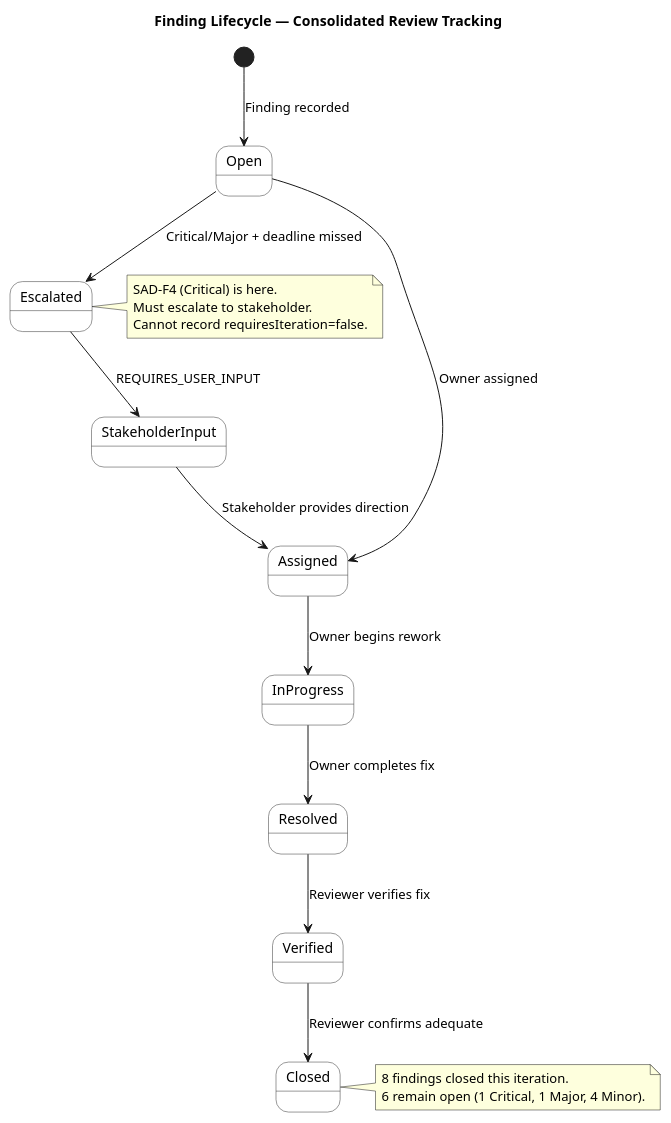
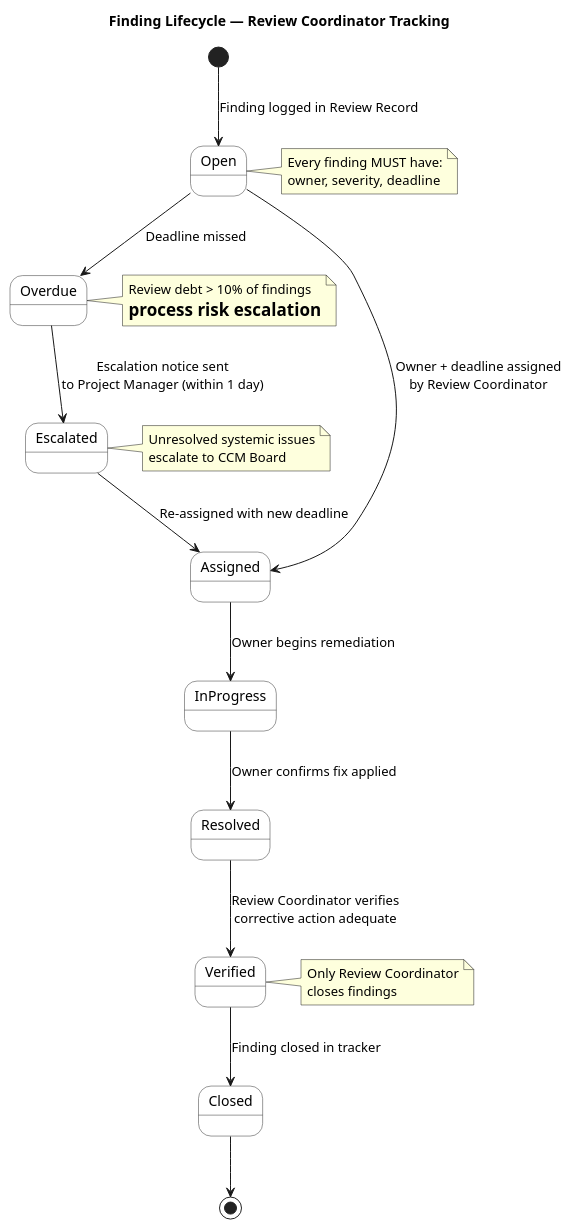
Before and after one commit to banense-test/demo-janke-lab: the third of 4 diagrams in docs/artifacts/project-management/review-record.md, drawn with PlantUML. The commit also changed other lines of this file, not shown here.

First line of the commit message:
Review Coordinator [E2]: upsert Review Record

````diff
--- a/docs/artifacts/project-management/review-record.md
+++ b/docs/artifacts/project-management/review-record.md
@@ -162,25 +149,27 @@
 ```plantuml
 @startuml
-title Finding Lifecycle — Consolidated Review Tracking
+title Finding Lifecycle — Review Coordinator Tracking
 skinparam state {
   BackgroundColor #FFFFFF
   BorderColor #333333
 }
 
-[*] --> Open : Finding recorded
+[*] --> Open : Finding logged in Review Record
+Open --> Assigned : Owner + deadline assigned\nby Review Coordinator
+Assigned --> InProgress : Owner begins remediation
+InProgress --> Resolved : Owner confirms fix applied
+Resolved --> Verified : Review Coordinator verifies\ncorrective action adequate
+Verified --> Closed : Finding closed in tracker
+Closed --> [*]
 
-Open --> Assigned : Owner assigned
-Assigned --> InProgress : Owner begins rework
-InProgress --> Resolved : Owner completes fix
-Resolved --> Verified : Reviewer verifies fix
-Verified --> Closed : Reviewer confirms adequate
+Open --> Overdue : Deadline missed
+Overdue --> Escalated : Escalation notice sent\nto Project Manager (within 1 day)
+Escalated --> Assigned : Re-assigned with new deadline
 
-Open --> Escalated : Critical/Major + deadline missed
-Escalated --> StakeholderInput : REQUIRES_USER_INPUT
-StakeholderInput --> Assigned : Stakeholder provides direction
-
-note right of Escalated : SAD-F4 (Critical) is here.\nMust escalate to stakeholder.\nCannot record requiresIteration=false.
-note right of Closed : 8 findings closed this iteration.\n6 remain open (1 Critical, 1 Major, 4 Minor).
+note right of Open : Every finding MUST have:\nowner, severity, deadline
+note right of Verified : Only Review Coordinator\ncloses findings
+note right of Overdue : Review debt > 10% of findings\n= process risk escalation
+note right of Escalated : Unresolved systemic issues\nescalate to CCM Board
 
 @enduml
 ```
````
